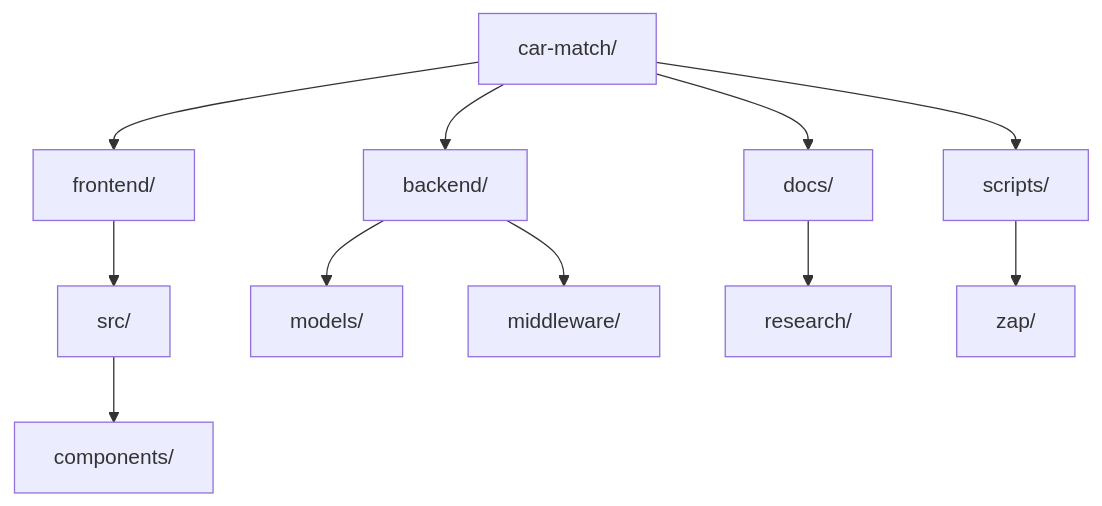
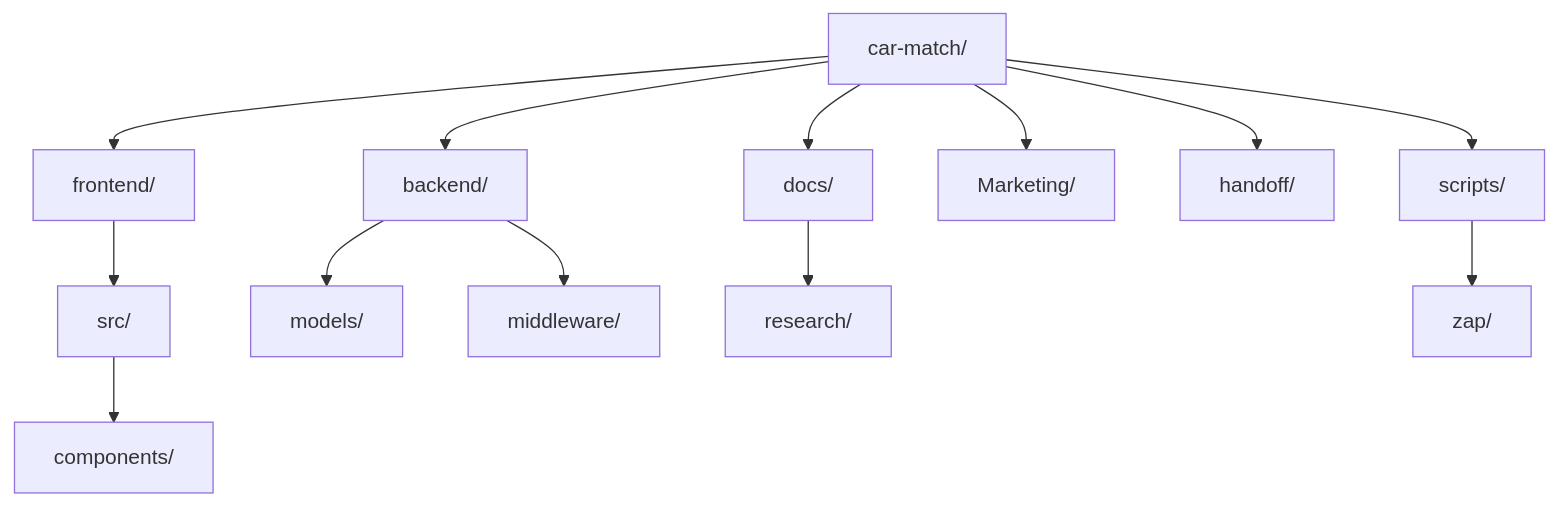
The diagram in docs/FILE_OVERVIEW.md (BradleyMatera/car-match), drawn with Mermaid before and after one commit. The commit also changed other lines of this file and 27 other files, not shown here.

Commit message:
docs: add final handoff packet with marketing deliverables

````diff
--- a/docs/FILE_OVERVIEW.md
+++ b/docs/FILE_OVERVIEW.md
@@ -6,13 +6,15 @@
 ```mermaid
 flowchart TD
   Root[car-match/] --> Frontend[frontend/]
   Root --> Backend[backend/]
   Root --> Docs[docs/]
+  Root --> Marketing[Marketing/]
+  Root --> Handoff[handoff/]
   Root --> Scripts[scripts/]
   Frontend --> Src[src/]
   Src --> Components[components/]
   Backend --> Models[models/]
   Backend --> Middleware[middleware/]
   Docs --> Research[research/]
   Scripts --> ZAP[zap/]
 ```
````
